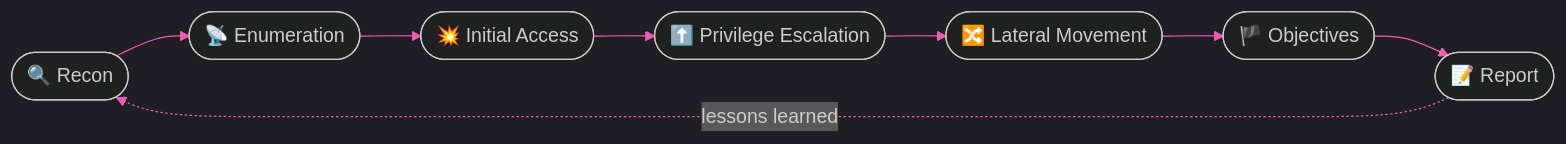
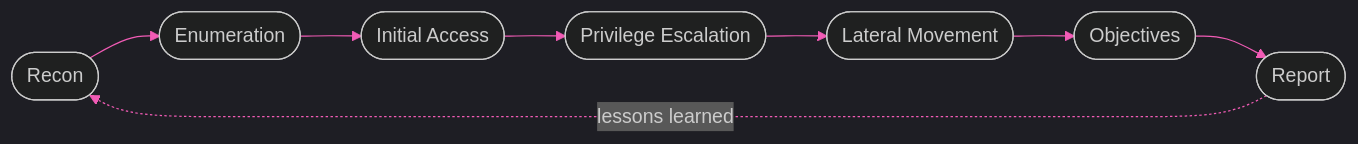
The diagram in README.md (Anant-Chill-Guy/Anant-Chill-Guy), drawn with Mermaid before and after one commit. The commit also changed other lines of this file and 2 other files, not shown here.

````diff
--- a/README.md
+++ b/README.md
@@ -83,11 +76,11 @@
 ```mermaid
 %%{init: {'theme':'dark','themeVariables':{'primaryColor':'#0D1117','primaryTextColor':'#00F5D4','primaryBorderColor':'#7B2FF7','lineColor':'#F15BB5','fontFamily':'monospace'}}}%%
 flowchart LR
-    A([🔍 Recon]) --> B([📡 Enumeration])
-    B --> C([💥 Initial Access])
-    C --> D([⬆️ Privilege Escalation])
-    D --> E([🔀 Lateral Movement])
-    E --> F([🏴 Objectives])
-    F --> G([📝 Report])
+    A([Recon]) --> B([Enumeration])
+    B --> C([Initial Access])
+    C --> D([Privilege Escalation])
+    D --> E([Lateral Movement])
+    E --> F([Objectives])
+    F --> G([Report])
     G -.->|lessons learned| A
 ```
````
